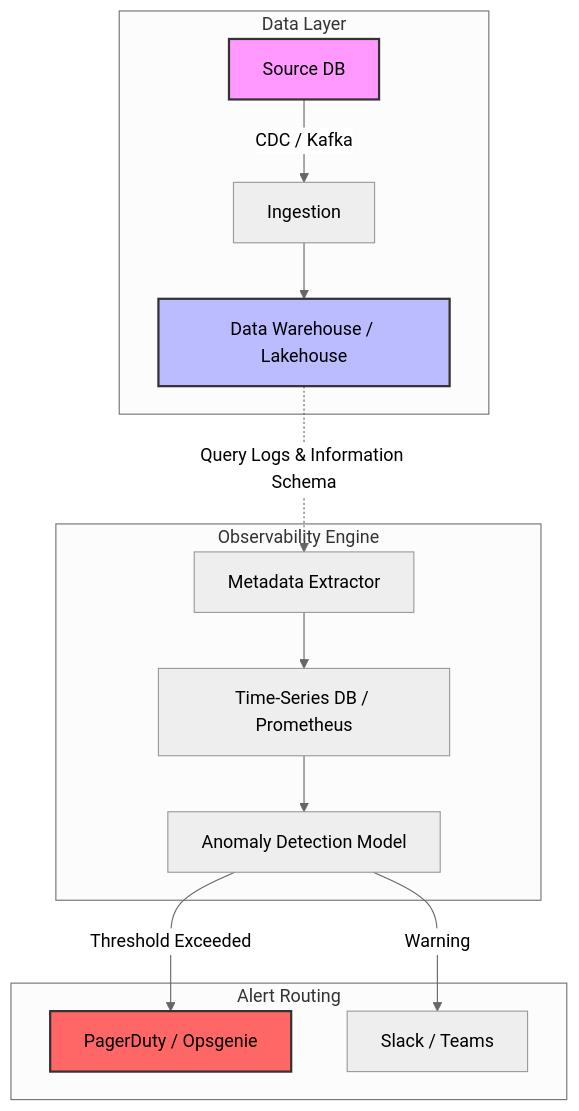
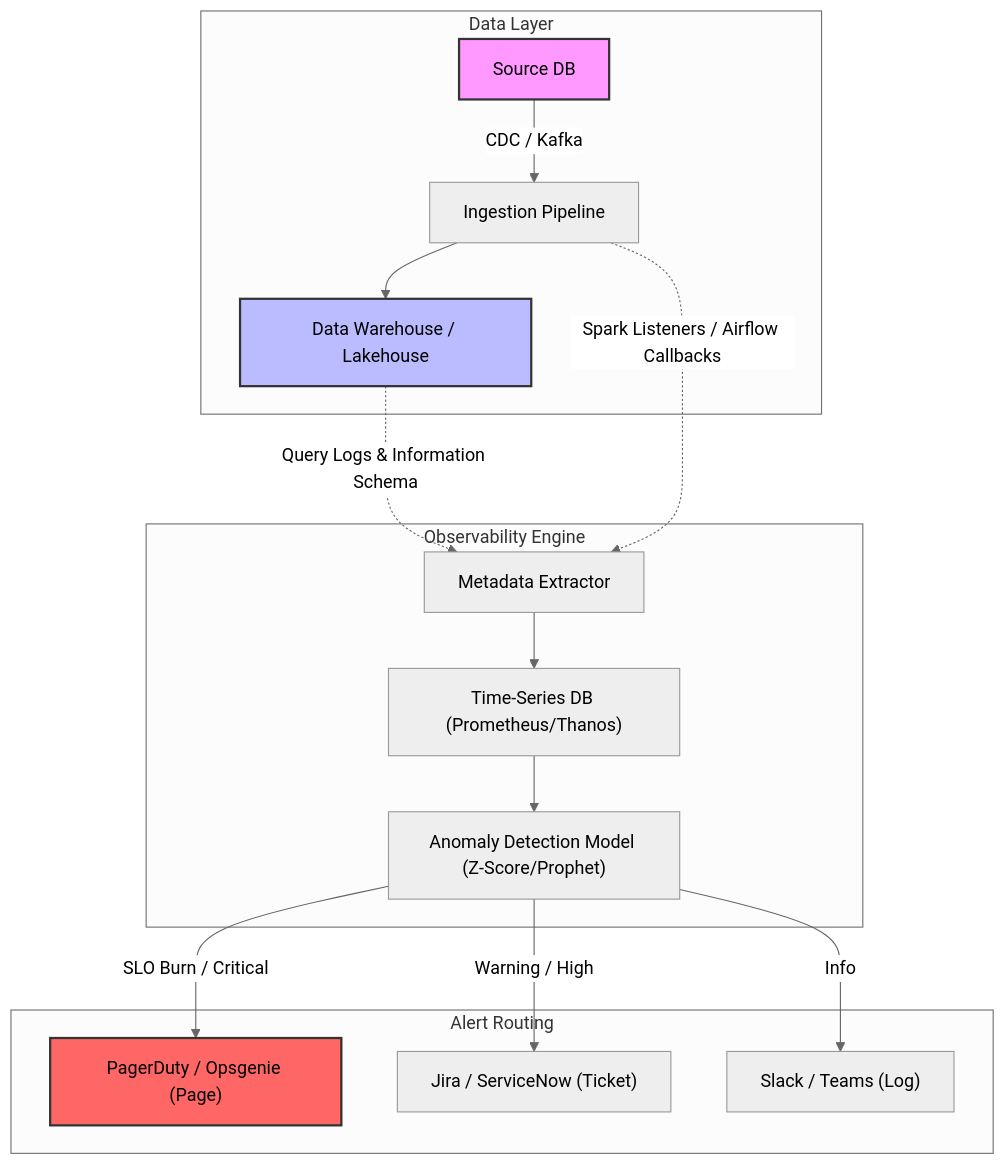
The diagram in src/content/docs/concepts/7-dataops-orchestration-quality/alerting-incident-response.md (kythuatdulieu/kythuatdulieu.github.io), drawn with Mermaid (neutral theme) before and after one commit. The commit also changed other lines of this file and 228 other files, not shown here.

Commit message:
Fix syntax and rewrite 200+ concepts docs to deep-dive system architecture and add GA4 tracking to quiz app

````diff
--- a/src/content/docs/concepts/7-dataops-orchestration-quality/alerting-incident-response.md
+++ b/src/content/docs/concepts/7-dataops-orchestration-quality/alerting-incident-response.md
@@ -18,22 +26,24 @@
 ```mermaid
 graph TD
     subgraph Data Layer
-        S["Source DB"] -->|CDC / Kafka| I["Ingestion"]
+        S["Source DB"] -->|CDC / Kafka| I["Ingestion Pipeline"]
         I --> D["Data Warehouse / Lakehouse"]
     end
     
     subgraph Observability Engine
         D -.->|Query Logs & Information Schema| ME["Metadata Extractor"]
-        ME --> T["Time-Series DB / Prometheus"]
-        T --> AD["Anomaly Detection Model"]
+        I -.->|Spark Listeners / Airflow Callbacks| ME
+        ME --> T["Time-Series DB (Prometheus/Thanos)"]
+        T --> AD["Anomaly Detection Model (Z-Score/Prophet)"]
     end
     
     subgraph Alert Routing
-        AD -->|Threshold Exceeded| P["PagerDuty / Opsgenie"]
-        AD -->|Warning| SL["Slack / Teams"]
+        AD -->|SLO Burn / Critical| P["PagerDuty / Opsgenie (Page)"]
+        AD -->|Warning / High| TKT["Jira / ServiceNow (Ticket)"]
+        AD -->|Info| SL["Slack / Teams (Log)"]
     end
     
     style S fill:#f9f,stroke:#333,stroke-width:2px
     style D fill:#bbf,stroke:#333,stroke-width:2px
     style P fill:#f66,stroke:#333,stroke-width:2px
 ```
````
